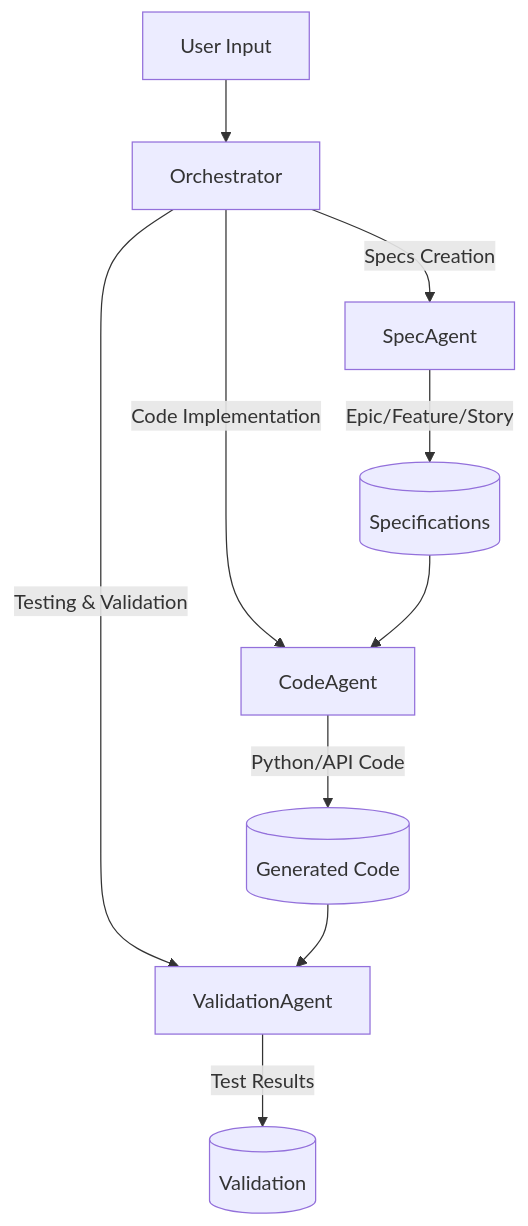
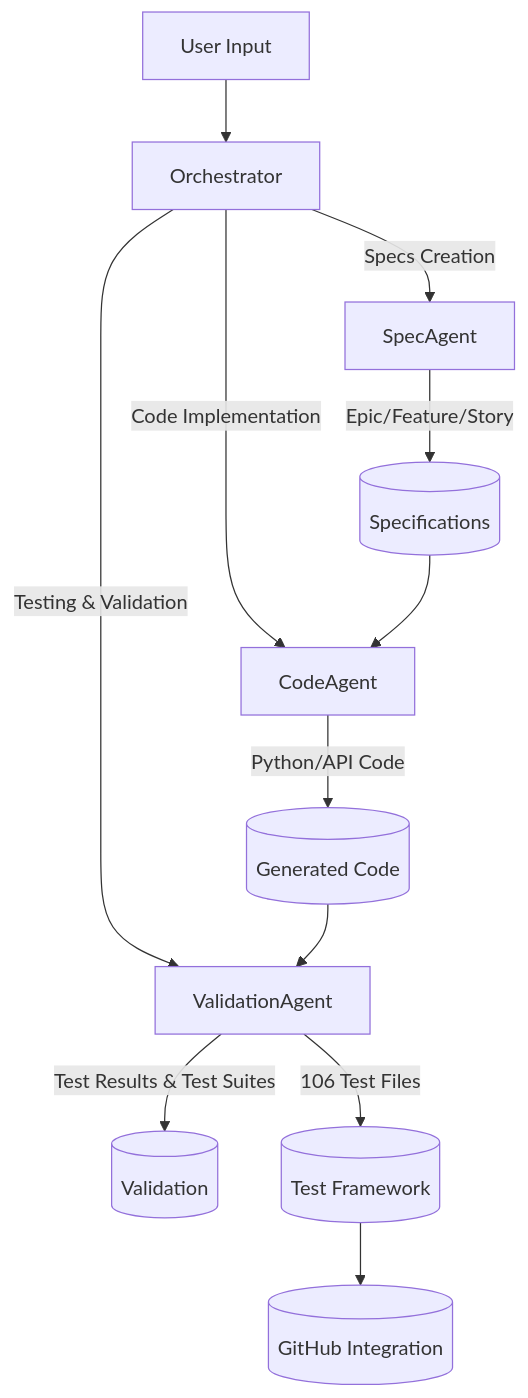
The first of 2 diagrams in README.md (vrushalisarfare/PromptToProduct), drawn with Mermaid before and after one commit. The commit also changed other lines of this file, not shown here.

First line of the commit message:
docs(readme): add enhanced test generation framework and ValidationAgent documentation

````diff
--- a/README.md
+++ b/README.md
@@ -22,12 +24,14 @@
 ```mermaid
 graph TB
     User[User Input] --> O[Orchestrator]
     O --> |Specs Creation| SA[SpecAgent]
     O --> |Code Implementation| CA[CodeAgent] 
     O --> |Testing & Validation| VA[ValidationAgent]
     SA --> |Epic/Feature/Story| Specs[(Specifications)]
     CA --> |Python/API Code| Code[(Generated Code)]
-    VA --> |Test Results| Valid[(Validation)]
+    VA --> |Test Results & Test Suites| Valid[(Validation)]
     Specs --> CA
     Code --> VA
+    VA --> |106 Test Files| Tests[(Test Framework)]
+    Tests --> GitHub[(GitHub Integration)]
 ```
````
